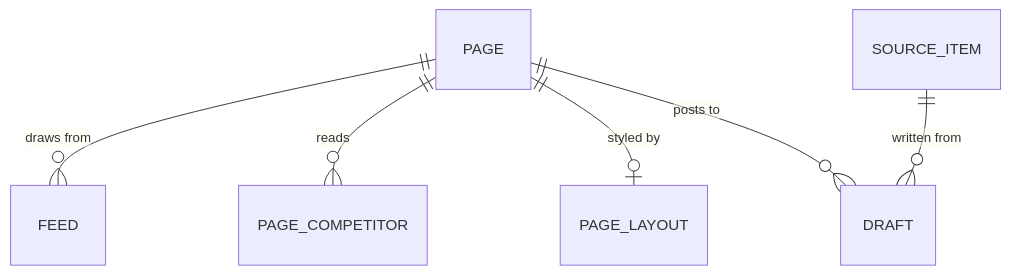
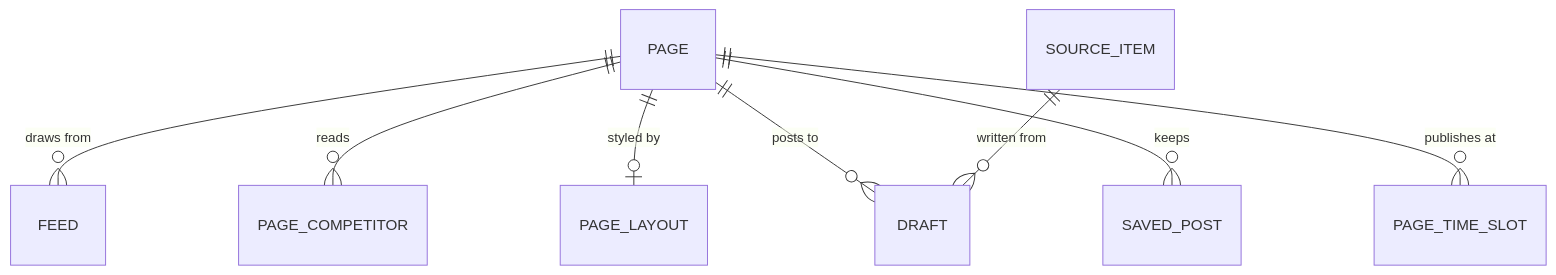
One commit to nauqh/fb-agent changed the fourth of 4 diagrams in README.md. Above: the diagram before and after it, drawn with Mermaid. The commit also changed other lines of this file and 8 other files, not shown here.

````diff
--- a/README.md
+++ b/README.md
@@ -196,8 +198,10 @@
 ```mermaid
 erDiagram
     PAGE ||--o{ FEED : "draws from"
     PAGE ||--o{ PAGE_COMPETITOR : "reads"
     PAGE ||--o| PAGE_LAYOUT : "styled by"
     PAGE ||--o{ DRAFT : "posts to"
+    PAGE ||--o{ SAVED_POST : "keeps"
+    PAGE ||--o{ PAGE_TIME_SLOT : "publishes at"
     SOURCE_ITEM ||--o{ DRAFT : "written from"
 ```
````
